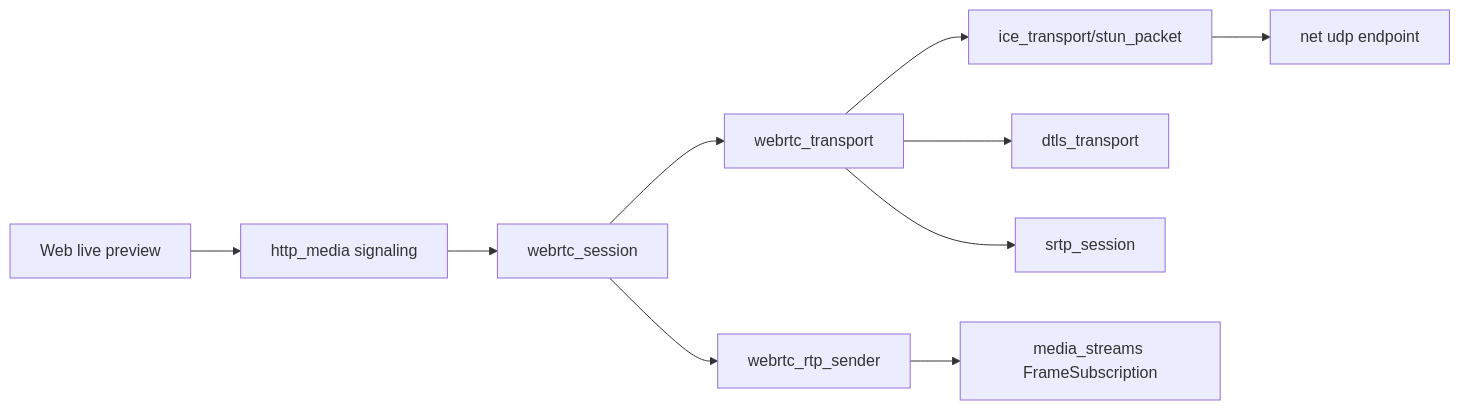
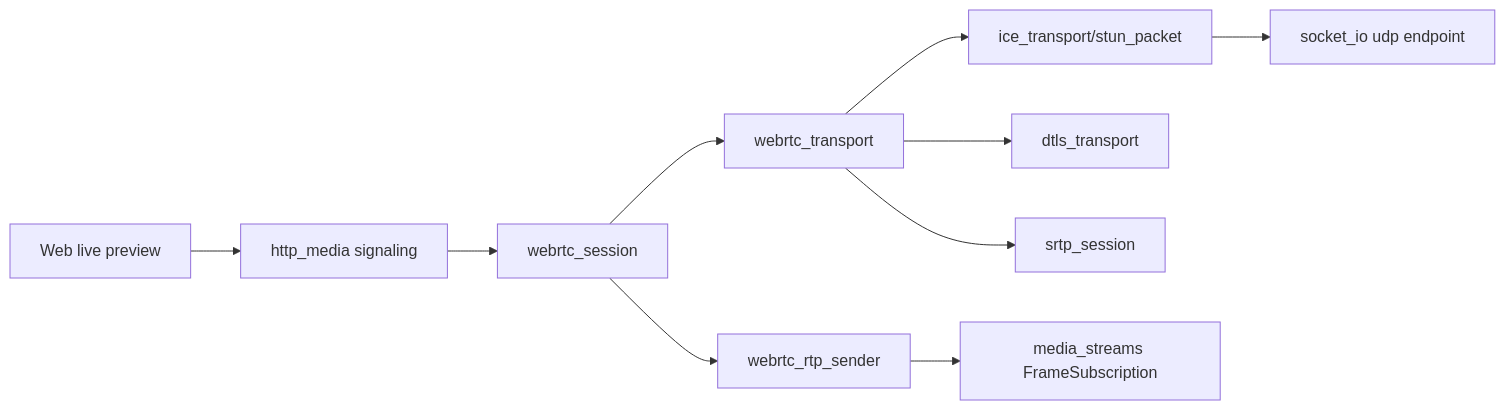
The diagram in docs/libs/webrtc.md (373699756/live_stream), drawn with Mermaid before and after one commit. The commit also changed other lines of this file and 130 other files, not shown here.

Commit message:
refactor: rename net module to socket io

````diff
--- a/docs/libs/webrtc.md
+++ b/docs/libs/webrtc.md
@@ -15,12 +15,12 @@
 ```mermaid
 flowchart LR
   Web[Web live preview] --> HTTP[http_media signaling]
   HTTP --> Session[webrtc_session]
   Session --> Transport[webrtc_transport]
   Transport --> ICE[ice_transport/stun_packet]
   Transport --> DTLS[dtls_transport]
   Transport --> SRTP[srtp_session]
   Session --> Sender[webrtc_rtp_sender]
   Sender --> Source[media_streams FrameSubscription]
-  ICE --> Net[net udp endpoint]
+  ICE --> SocketIo[socket_io udp endpoint]
 ```
````
